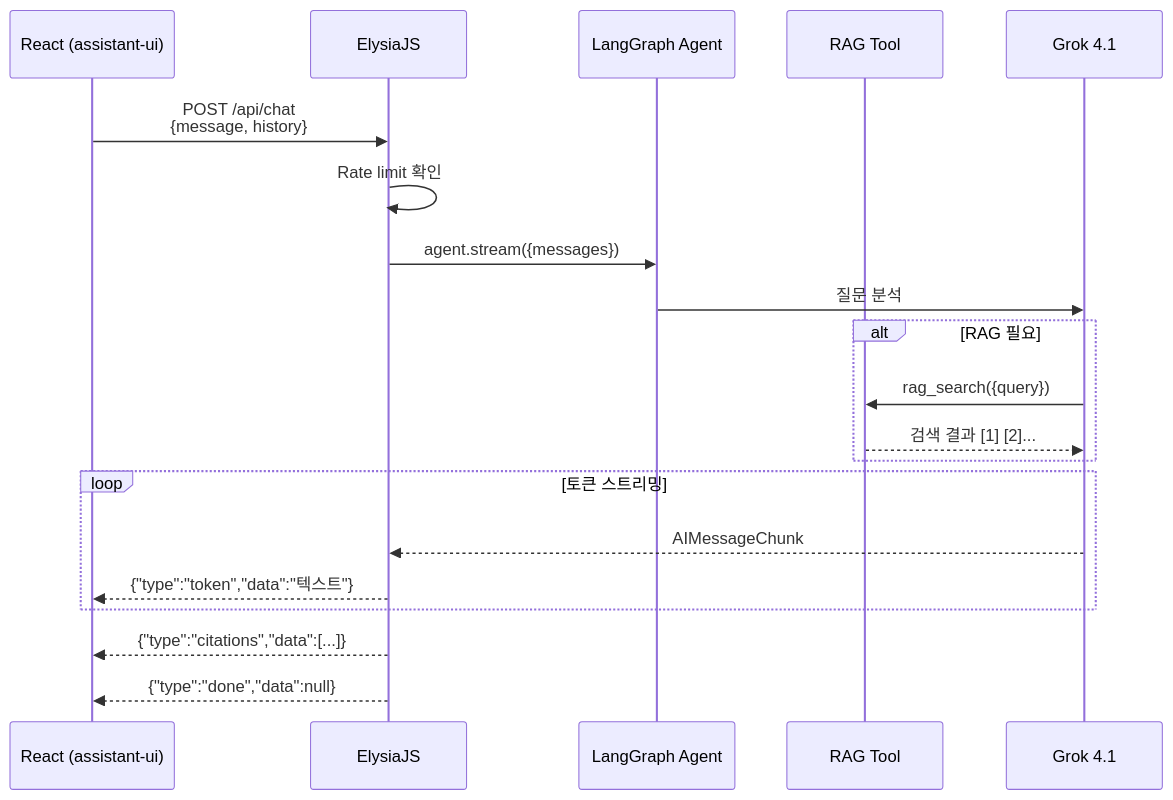
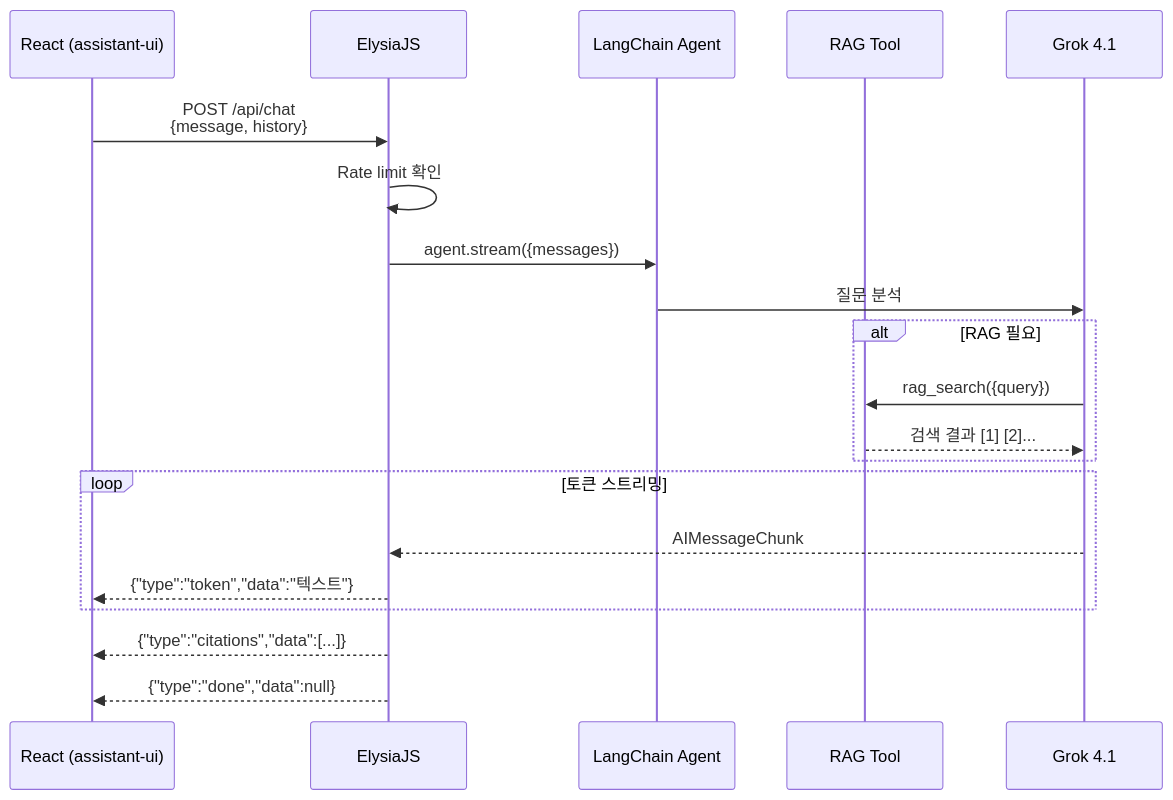
Before and after one commit to genie49/genie-cv: the first of 5 diagrams in data/content/notes/sse-streaming.md, drawn with Mermaid. The commit also changed other lines of this file and 16 other files, not shown here.

First line of the commit message:
refactor: LangGraph → LangChain 일괄 변경 + fingoo 프로젝트 설명 보강 + 기여 카드 가로 스크롤

````diff
--- a/data/content/notes/sse-streaming.md
+++ b/data/content/notes/sse-streaming.md
@@ -26,27 +26,27 @@
 ```mermaid
 sequenceDiagram
     participant Client as React (assistant-ui)
     participant Server as ElysiaJS
-    participant Agent as LangGraph Agent
+    participant Agent as LangChain Agent
     participant RAG as RAG Tool
     participant LLM as Grok 4.1
 
     Client->>Server: POST /api/chat<br/>{message, history}
     Server->>Server: Rate limit 확인
 
     Server->>Agent: agent.stream({messages})
     Agent->>LLM: 질문 분석
 
     alt RAG 필요
         LLM->>RAG: rag_search({query})
         RAG-->>LLM: 검색 결과 [1] [2]...
     end
 
     loop 토큰 스트리밍
         LLM-->>Server: AIMessageChunk
         Server-->>Client: {"type":"token","data":"텍스트"}
     end
 
     Server-->>Client: {"type":"citations","data":[...]}
     Server-->>Client: {"type":"done","data":null}
 ```
````
